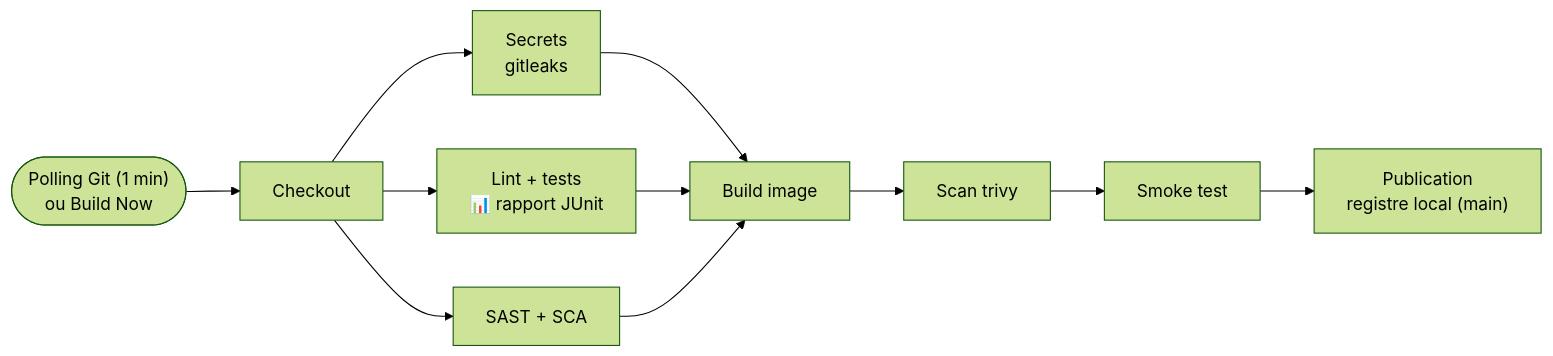
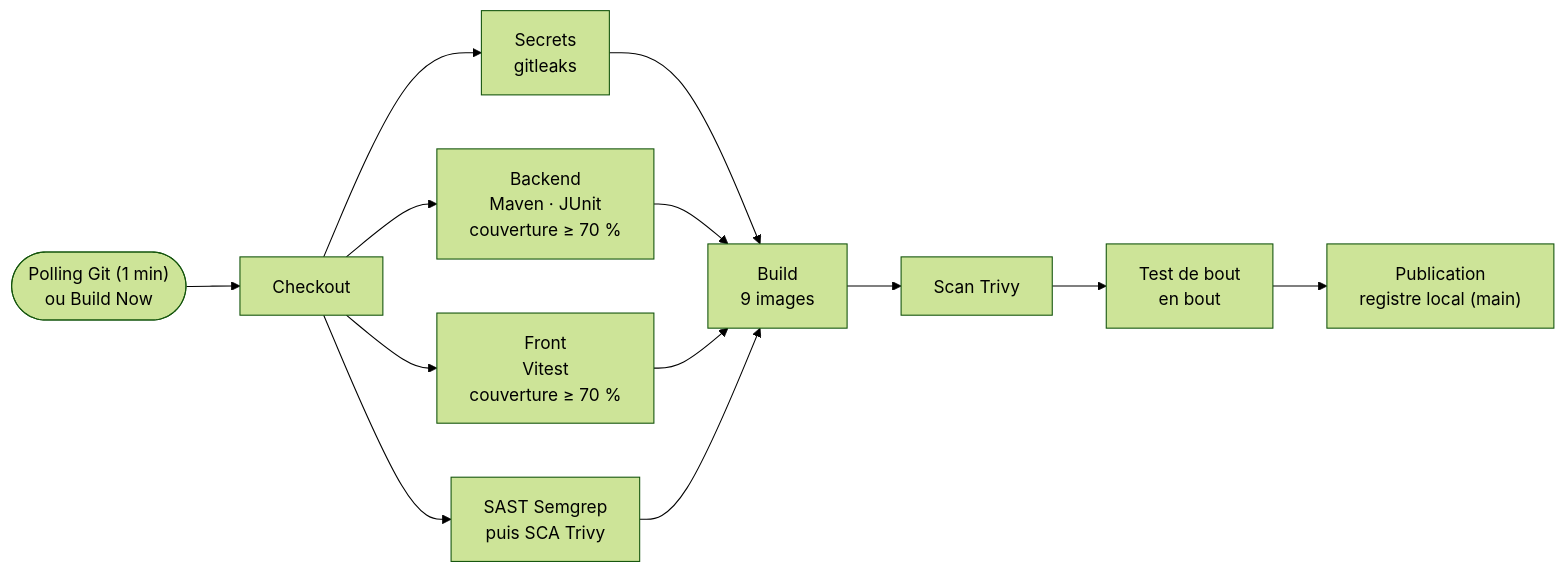
One commit to ALD3X/CESI_B3_Collab changed the diagram in docs/cicd/US-04.3_demo_jenkins.md. Above: the diagram before and after it, drawn with Mermaid (forest theme). The commit also changed other lines of this file and 8 other files, not shown here.

````diff
--- a/docs/cicd/US-04.3_demo_jenkins.md
+++ b/docs/cicd/US-04.3_demo_jenkins.md
@@ -24,9 +24,10 @@
 ```mermaid
 flowchart LR
     E(["Polling Git (1 min)<br/>ou Build Now"]) --> CO["Checkout"]
-    CO --> S & L & A
+    CO --> S & B & F & A
     S["Secrets<br/>gitleaks"]
-    L["Lint + tests<br/>📊 rapport JUnit"]
-    A["SAST + SCA"]
-    S & L & A --> B["Build image"] --> V["Scan trivy"] --> SM["Smoke test"] --> P["Publication<br/>registre local (main)"]
+    B["Backend<br/>Maven · JUnit<br/>couverture ≥ 70 %"]
+    F["Front<br/>Vitest<br/>couverture ≥ 70 %"]
+    A["SAST Semgrep<br/>puis SCA Trivy"]
+    S & B & F & A --> BI["Build<br/>9 images"] --> V["Scan Trivy"] --> SM["Test de bout<br/>en bout"] --> P["Publication<br/>registre local (main)"]
 ```
````
